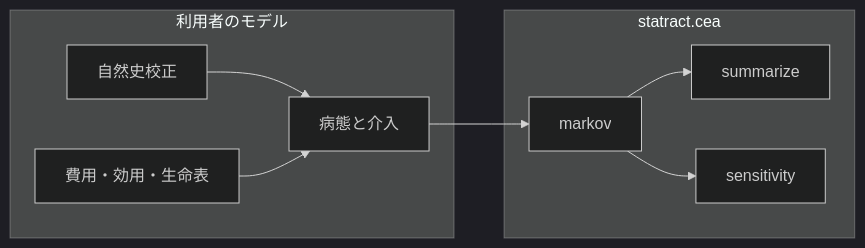
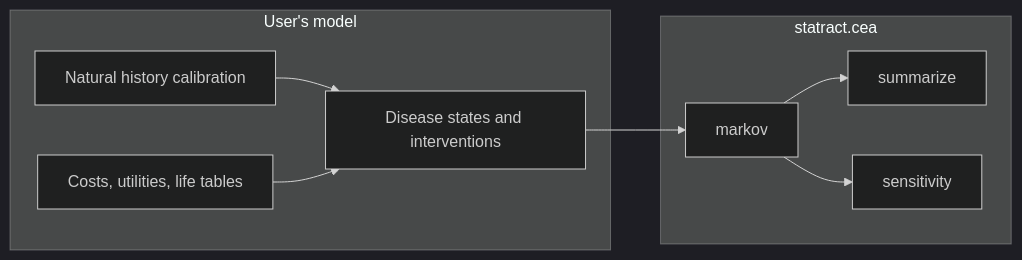
Before and after one commit to mizuy/statract: the diagram in docs/cea/overview.md, drawn with Mermaid (dark theme). The commit also changed other lines of this file and 51 other files, not shown here.

````diff
--- a/docs/cea/overview.md
+++ b/docs/cea/overview.md
@@ -17,18 +17,18 @@
 ```mermaid
 flowchart LR
-  subgraph project [利用者のモデル]
-    NH[自然史校正]
-    Disease[病態と介入]
-    Params[費用・効用・生命表]
+  subgraph project [User's model]
+    NH[Natural history calibration]
+    Disease[Disease states and interventions]
+    Params[Costs, utilities, life tables]
   end
   subgraph cea [statract.cea]
     Markov[markov]
     Sum[summarize]
     SA[sensitivity]
   end
   NH --> Disease
   Params --> Disease
   Disease --> Markov
   Markov --> Sum
   Markov --> SA
 ```
````
